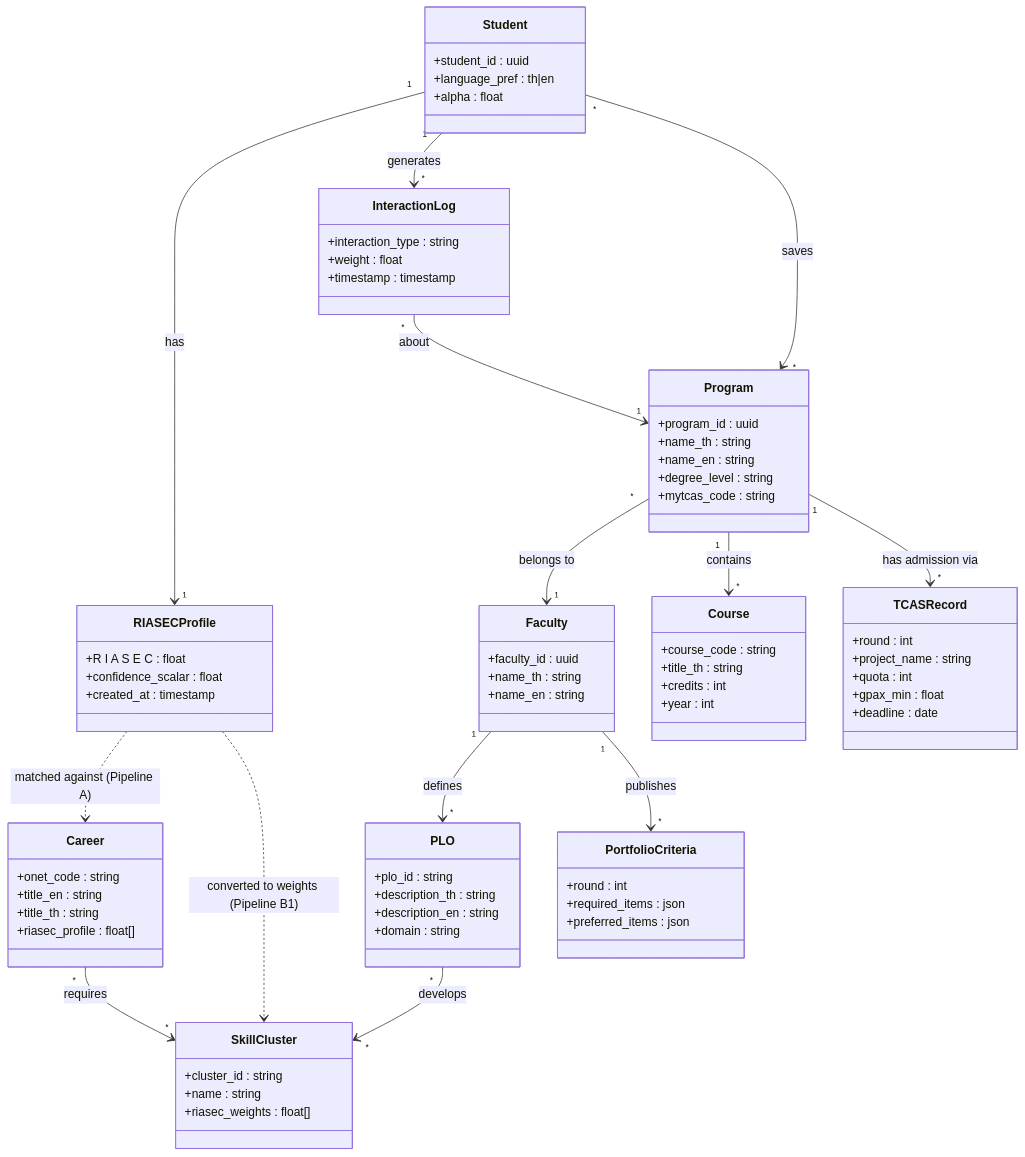
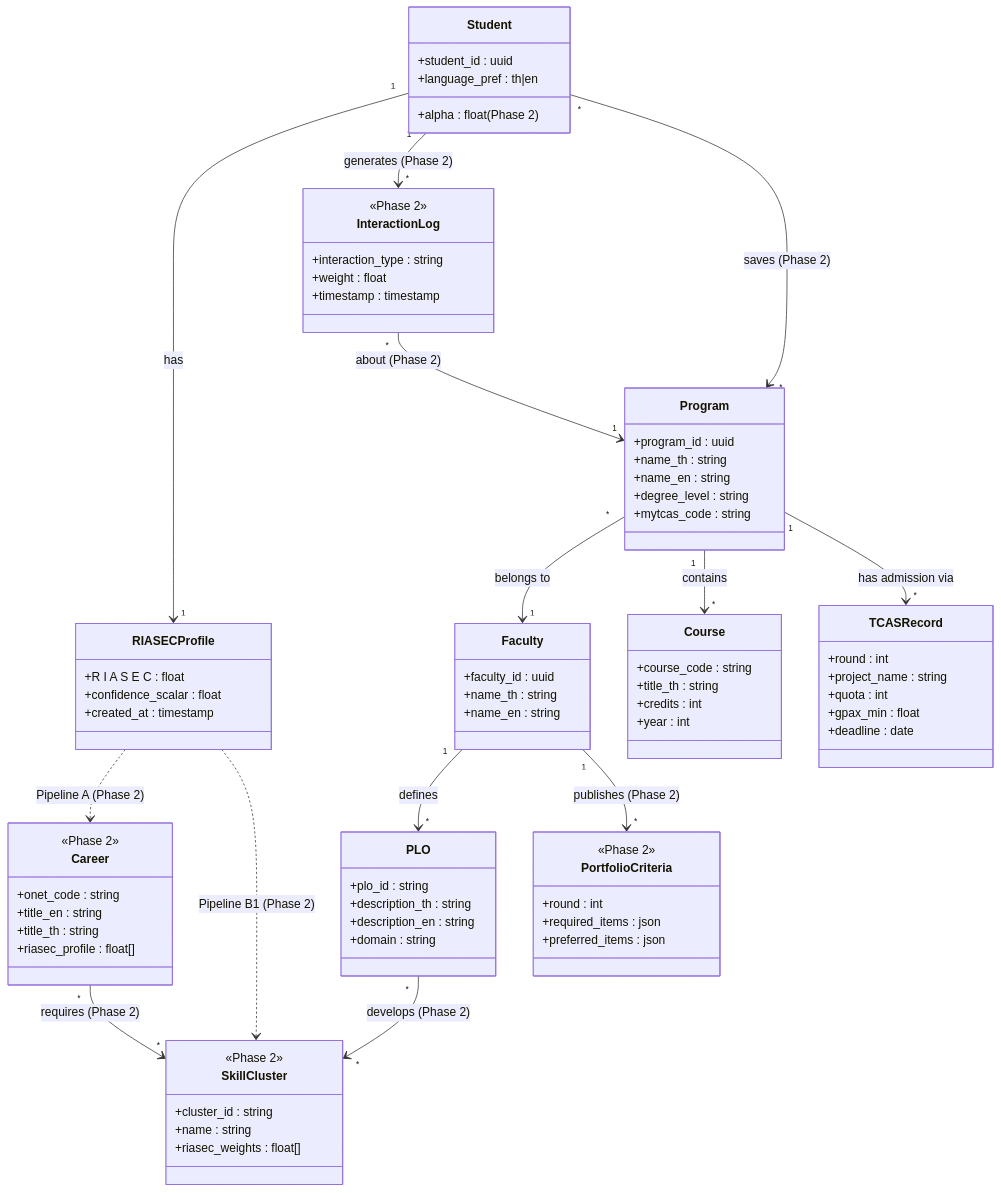
Before and after one commit to tarothanawat/SRS-KUru: the seventh of 7 diagrams in DIAGRAMS.md, drawn with Mermaid. The commit also changed other lines of this file and 12 other files, not shown here.

First line of the commit message:
Refine software architecture documentation and update evaluation metrics

````diff
--- a/DIAGRAMS.md
+++ b/DIAGRAMS.md
@@ -340,7 +356,7 @@
     class Student {
         +student_id : uuid
         +language_pref : th|en
-        +alpha : float
+        +alpha : float (Phase 2)
     }
     class RIASECProfile {
         +R I A S E C : float
@@ -365,17 +381,6 @@
         +description_en : string
         +domain : string
     }
-    class SkillCluster {
-        +cluster_id : string
-        +name : string
-        +riasec_weights : float[]
-    }
-    class Career {
-        +onet_code : string
-        +title_en : string
-        +title_th : string
-        +riasec_profile : float[]
-    }
     class Course {
         +course_code : string
         +title_th : string
@@ -389,32 +394,44 @@
         +gpax_min : float
         +deadline : date
     }
+    class SkillCluster {
+        <<Phase 2>>
+        +cluster_id : string
+        +name : string
+        +riasec_weights : float[]
+    }
+    class Career {
+        <<Phase 2>>
+        +onet_code : string
+        +title_en : string
+        +title_th : string
+        +riasec_profile : float[]
+    }
     class InteractionLog {
+        <<Phase 2>>
         +interaction_type : string
         +weight : float
         +timestamp : timestamp
     }
     class PortfolioCriteria {
+        <<Phase 2>>
         +round : int
         +required_items : json
         +preferred_items : json
     }
 
     Student "1" --> "1" RIASECProfile : has
-    Student "1" --> "*" InteractionLog : generates
-    Student "*" --> "*" Program : saves
-    InteractionLog "*" --> "1" Program : about
-
     Program "*" --> "1" Faculty : belongs to
     Program "1" --> "*" Course : contains
     Program "1" --> "*" TCASRecord : has admission via
+    Faculty "1" --> "*" PLO : defines
 
-    Faculty "1" --> "*" PLO : defines
-    Faculty "1" --> "*" PortfolioCriteria : publishes
-
-    PLO "*" --> "*" SkillCluster : develops
-    Career "*" --> "*" SkillCluster : requires
-
-    RIASECProfile ..> Career : matched against (Pipeline A)
-    RIASECProfile ..> SkillCluster : converted to weights (Pipeline B1)
+    Student "1" --> "*" InteractionLog : generates (Phase 2)
+    Student "*" --> "*" Program : saves (Phase 2)
+    InteractionLog "*" --> "1" Program : about (Phase 2)
+    Faculty "1" --> "*" PortfolioCriteria : publishes (Phase 2)
+    PLO "*" --> "*" SkillCluster : develops (Phase 2)
+    Career "*" --> "*" SkillCluster : requires (Phase 2)
+    RIASECProfile ..> Career : Pipeline A (Phase 2)
+    RIASECProfile ..> SkillCluster : Pipeline B1 (Phase 2)
 ```
````
